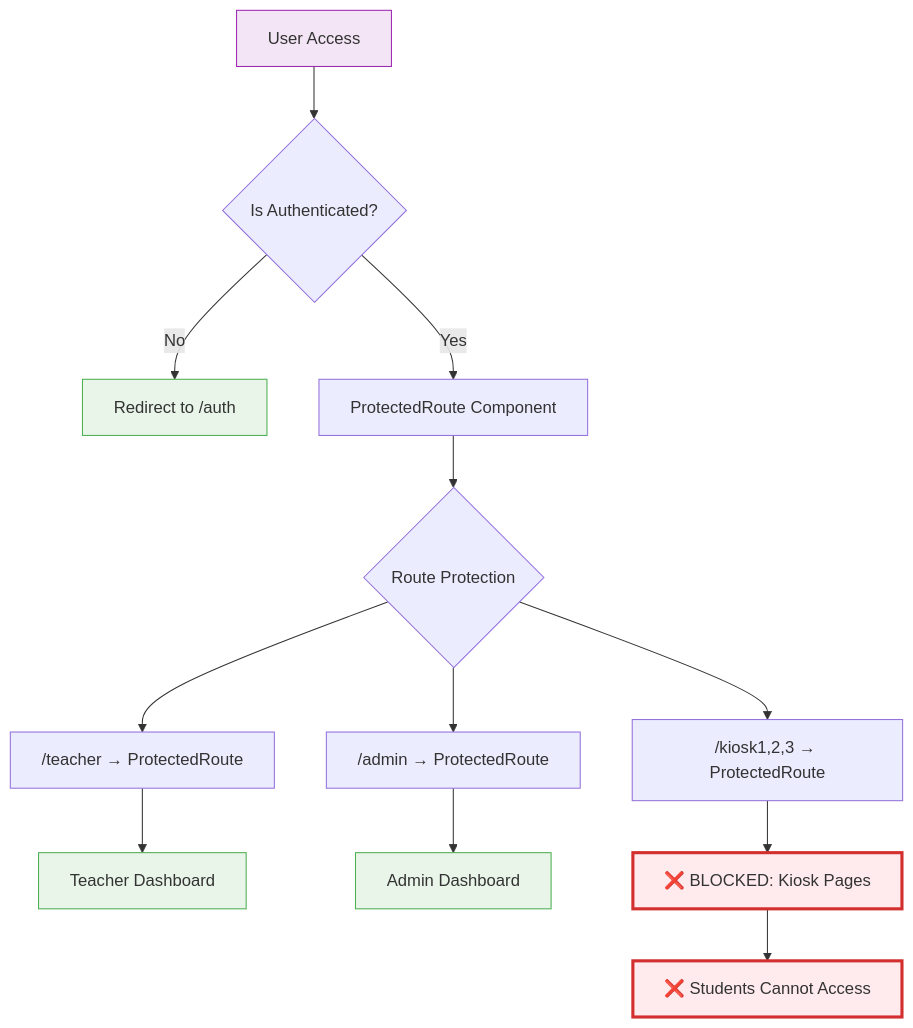
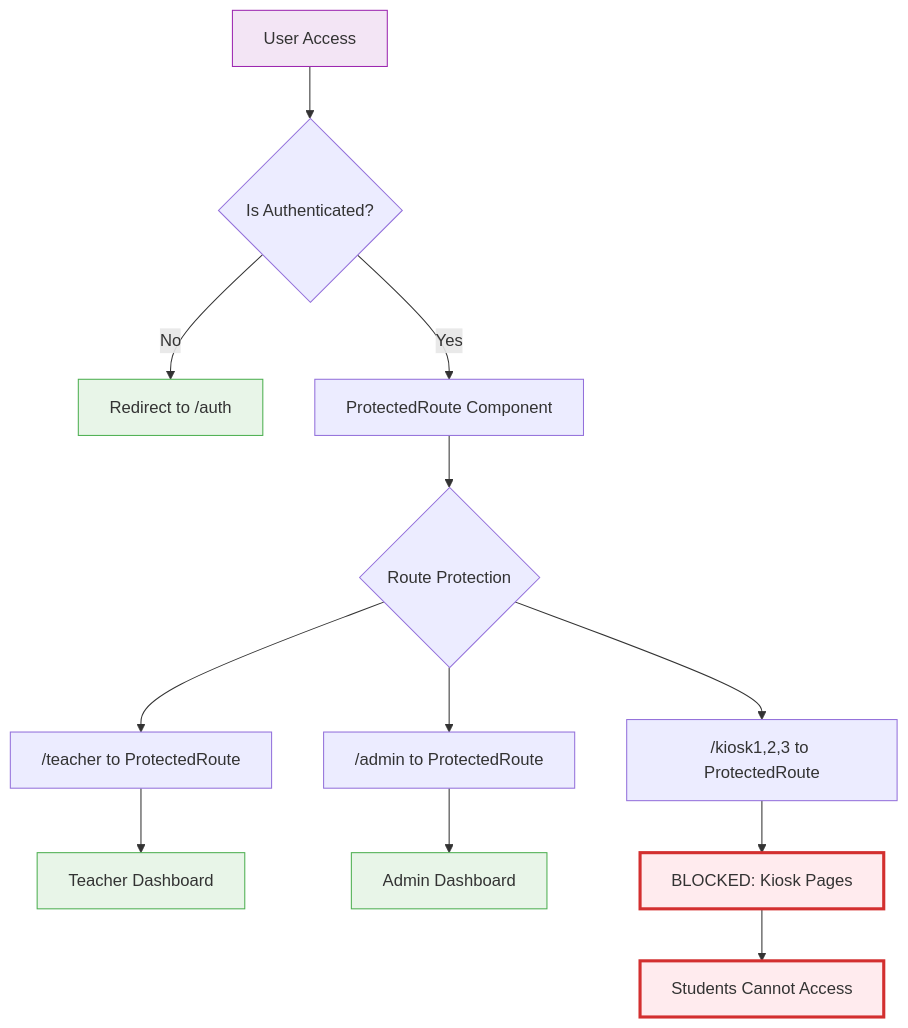
One commit to Splurfa/bx-os changed the first of 3 diagrams in Docs/Flowcharts/Current-State/01-current-authentication-routing.md. Above: the diagram before and after it, drawn with Mermaid. The commit also changed other lines of this file and 12 other files, not shown here.

First line of the commit message:
Fix flowchart syntax and numbering

````diff
--- a/Docs/Flowcharts/Current-State/01-current-authentication-routing.md
+++ b/Docs/Flowcharts/Current-State/01-current-authentication-routing.md
@@ -7,23 +7,23 @@
 ```mermaid
 flowchart TD
     A[User Access] --> B{Is Authenticated?}
     B -->|No| C[Redirect to /auth]
     B -->|Yes| D[ProtectedRoute Component]
     D --> E{Route Protection}
-    E --> F["/teacher → ProtectedRoute"]
-    E --> G["/admin → ProtectedRoute"] 
-    E --> H["/kiosk1,2,3 → ProtectedRoute"]
+    E --> F["/teacher to ProtectedRoute"]
+    E --> G["/admin to ProtectedRoute"] 
+    E --> H["/kiosk1,2,3 to ProtectedRoute"]
     
     F --> I[Teacher Dashboard]
     G --> J[Admin Dashboard]
-    H --> K[❌ BLOCKED: Kiosk Pages]
+    H --> K[BLOCKED: Kiosk Pages]
     
-    K --> L[❌ Students Cannot Access]
+    K --> L[Students Cannot Access]
     
     style K fill:#ffebee,stroke:#d32f2f,stroke-width:3px
     style L fill:#ffebee,stroke:#d32f2f,stroke-width:3px
     style A fill:#f3e5f5,stroke:#9c27b0
     style C fill:#e8f5e8,stroke:#4caf50
     style I fill:#e8f5e8,stroke:#4caf50
     style J fill:#e8f5e8,stroke:#4caf50
 ```
````
